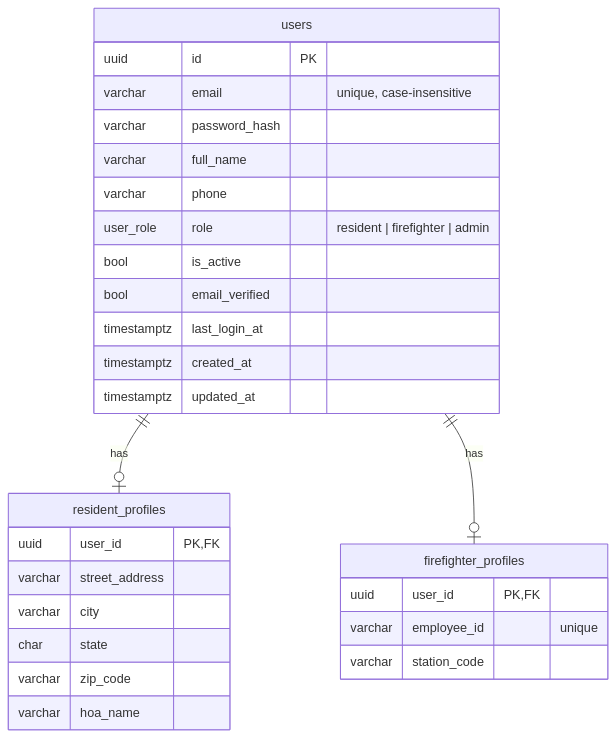
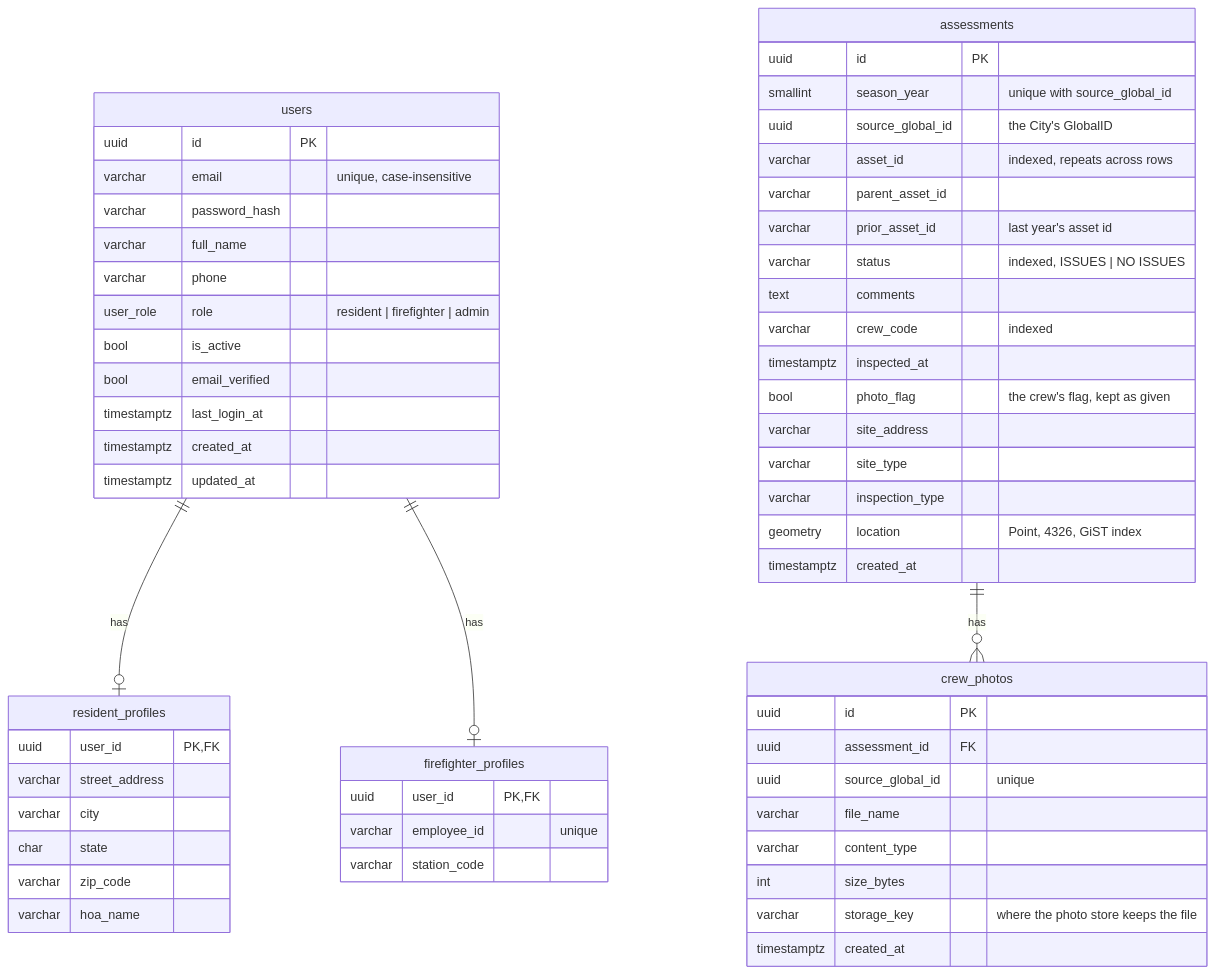
Before and after one commit to fliu-sfd/Fire_Haz_Veg_Portal: the diagram in docs/database.md, drawn with Mermaid. The commit also changed other lines of this file and 5 other files, not shown here.

````diff
--- a/docs/database.md
+++ b/docs/database.md
@@ -28,32 +28,61 @@
 ```mermaid
 erDiagram
     users ||--o| resident_profiles : has
     users ||--o| firefighter_profiles : has
+    assessments ||--o{ crew_photos : has
 
     users {
         uuid id PK
         varchar email "unique, case-insensitive"
         varchar password_hash
         varchar full_name
         varchar phone
         user_role role "resident | firefighter | admin"
         bool is_active
         bool email_verified
         timestamptz last_login_at
         timestamptz created_at
         timestamptz updated_at
     }
     resident_profiles {
         uuid user_id PK, FK
         varchar street_address
         varchar city
         char state
         varchar zip_code
         varchar hoa_name
     }
     firefighter_profiles {
         uuid user_id PK, FK
         varchar employee_id "unique"
         varchar station_code
     }
+    assessments {
+        uuid id PK
+        smallint season_year "unique with source_global_id"
+        uuid source_global_id "the City's GlobalID"
+        varchar asset_id "indexed, repeats across rows"
+        varchar parent_asset_id
+        varchar prior_asset_id "last year's asset id"
+        varchar status "indexed, ISSUES | NO ISSUES"
+        text comments
+        varchar crew_code "indexed"
+        timestamptz inspected_at
+        bool photo_flag "the crew's flag, kept as given"
+        varchar site_address
+        varchar site_type
+        varchar inspection_type
+        geometry location "Point, 4326, GiST index"
+        timestamptz created_at
+    }
+    crew_photos {
+        uuid id PK
+        uuid assessment_id FK
+        uuid source_global_id "unique"
+        varchar file_name
+        varchar content_type
+        int size_bytes
+        varchar storage_key "where the photo store keeps the file"
+        timestamptz created_at
+    }
 ```
````
